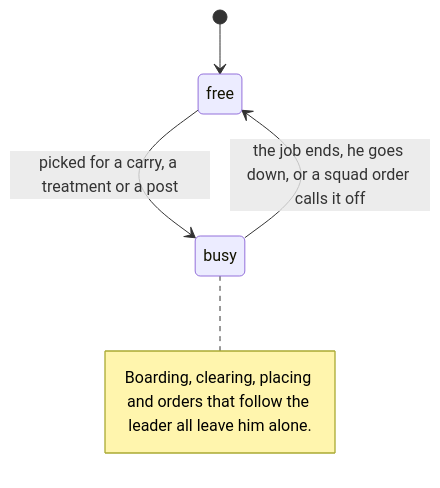
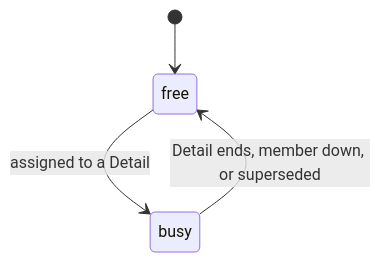
One commit to Neefay/arma3-llm-harness changed diagram 13 of 23 in docs/COMMANDER_MODEL.md. Above: the diagram before and after it, drawn with Mermaid. The commit also changed other lines of this file and 1 other file, not shown here.

````diff
--- a/docs/COMMANDER_MODEL.md
+++ b/docs/COMMANDER_MODEL.md
@@ -819,9 +442,6 @@
 ```mermaid
 stateDiagram-v2
   [*] --> free
-  free --> busy: picked for a carry, a treatment or a post
-  busy --> free: the job ends, he goes down, or a squad order calls it off
-  note right of busy
-    Boarding, clearing, placing and orders that follow the leader all leave him alone.
-  end note
+  free --> busy: assigned to a Detail
+  busy --> free: Detail ends, member down, or superseded
 ```
````
